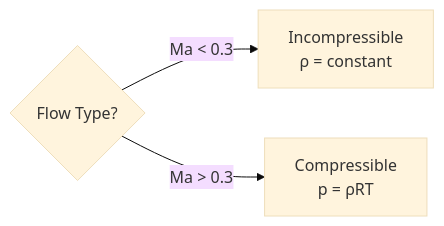
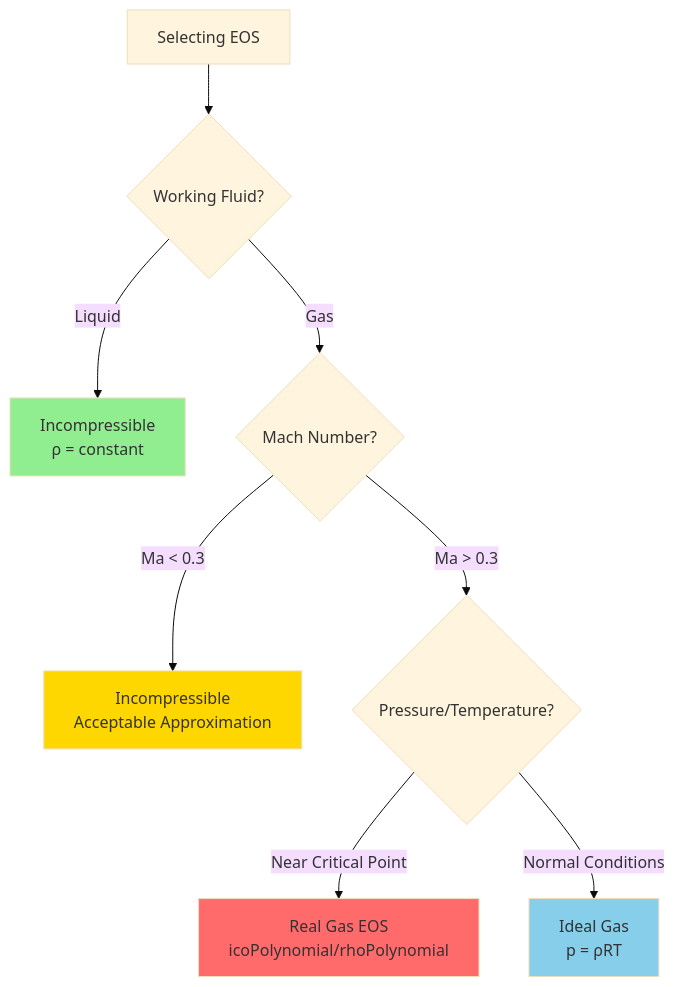
One commit to wramet/build-my-cfd changed the diagram in MODULE_01_CFD_FUNDAMENTALS/CONTENT/01_GOVERNING_EQUATIONS/03_Equation_of_State.md. Above: the diagram before and after it, drawn with Mermaid (base theme). The commit also changed other lines of this file and 21 other files, not shown here.

````diff
--- a/MODULE_01_CFD_FUNDAMENTALS/CONTENT/01_GOVERNING_EQUATIONS/03_Equation_of_State.md
+++ b/MODULE_01_CFD_FUNDAMENTALS/CONTENT/01_GOVERNING_EQUATIONS/03_Equation_of_State.md
@@ -70,5 +80,15 @@
 ```mermaid
-graph LR
-    Flow{Flow Type?} --> |Ma < 0.3| Incomp[Incompressible<br/>ρ = constant]
-    Flow --> |Ma > 0.3| Comp[Compressible<br/>p = ρRT]
+graph TD
+    A[Selecting EOS] --> B{Working Fluid?}
+    B -->|Liquid| C[Incompressible<br/>ρ = constant]
+    B -->|Gas| D{Mach Number?}
+    D -->|Ma < 0.3| E[Incompressible<br/>Acceptable Approximation]
+    D -->|Ma > 0.3| F{Pressure/Temperature?}
+    F -->|Near Critical Point| G[Real Gas EOS<br/>icoPolynomial/rhoPolynomial]
+    F -->|Normal Conditions| H[Ideal Gas<br/>p = ρRT]
+    
+    style C fill:#90EE90
+    style E fill:#FFD700
+    style H fill:#87CEEB
+    style G fill:#FF6B6B
 ```
````
